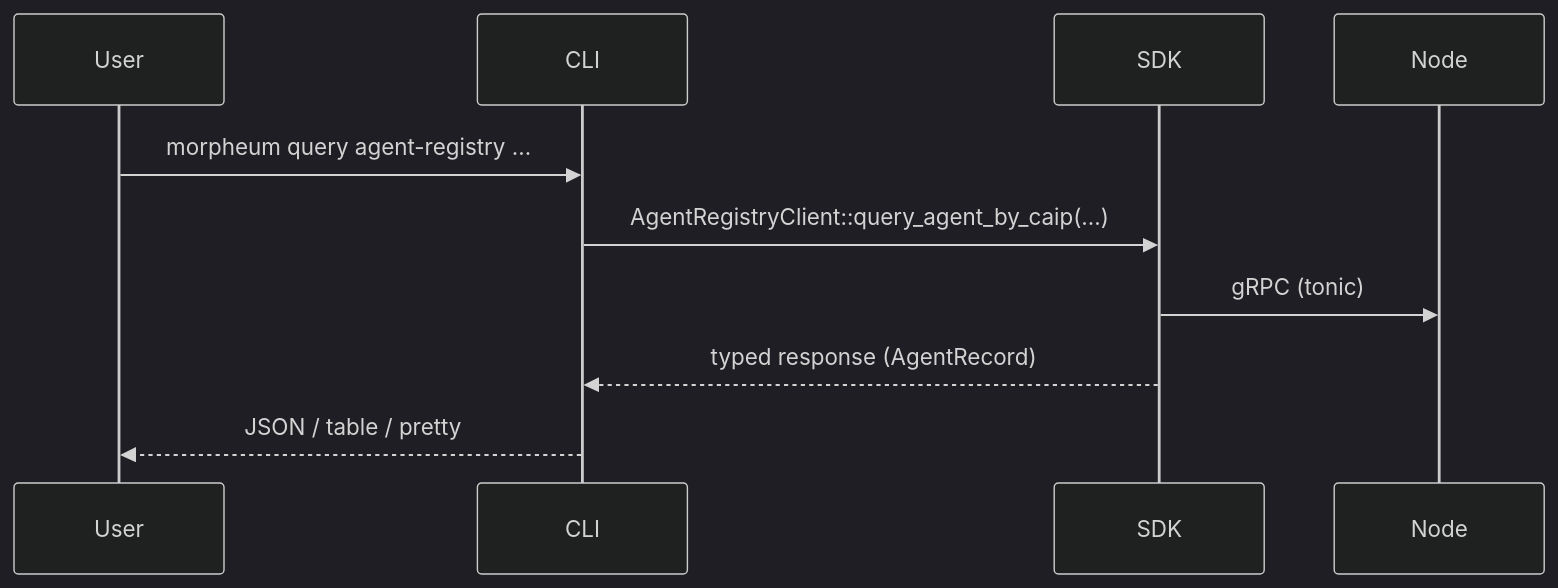
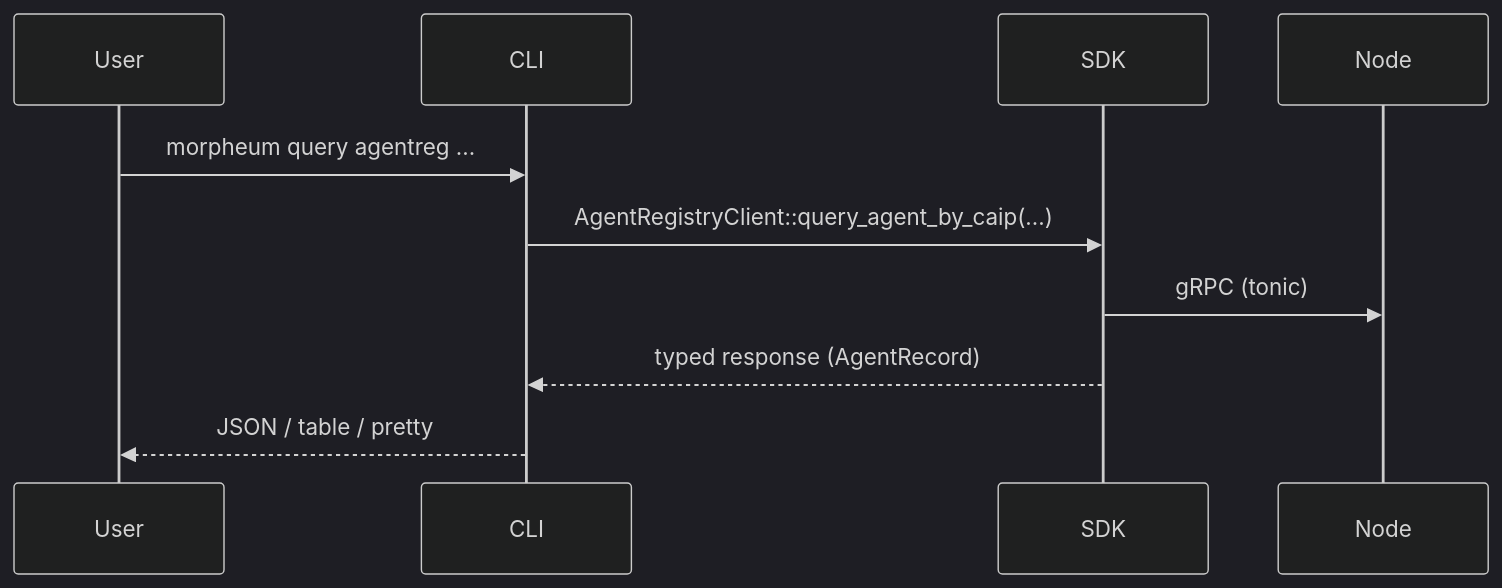
The third of 3 diagrams in architecture.md (morpheum-labs/morpheum-cli), drawn with Mermaid (dark theme) before and after one commit. The commit also changed other lines of this file and 13 other files, not shown here.

````diff
--- a/architecture.md
+++ b/architecture.md
@@ -160,11 +160,11 @@
 ```mermaid
 sequenceDiagram
     participant User
     participant CLI
     participant SDK
-    User->>CLI: morpheum query agent-registry ...
+    User->>CLI: morpheum query agentreg ...
     CLI->>SDK: AgentRegistryClient::query_agent_by_caip(...)
     SDK->>Node: gRPC (tonic)
     SDK-->>CLI: typed response (AgentRecord)
     CLI-->>User: JSON / table / pretty
 ```
````
